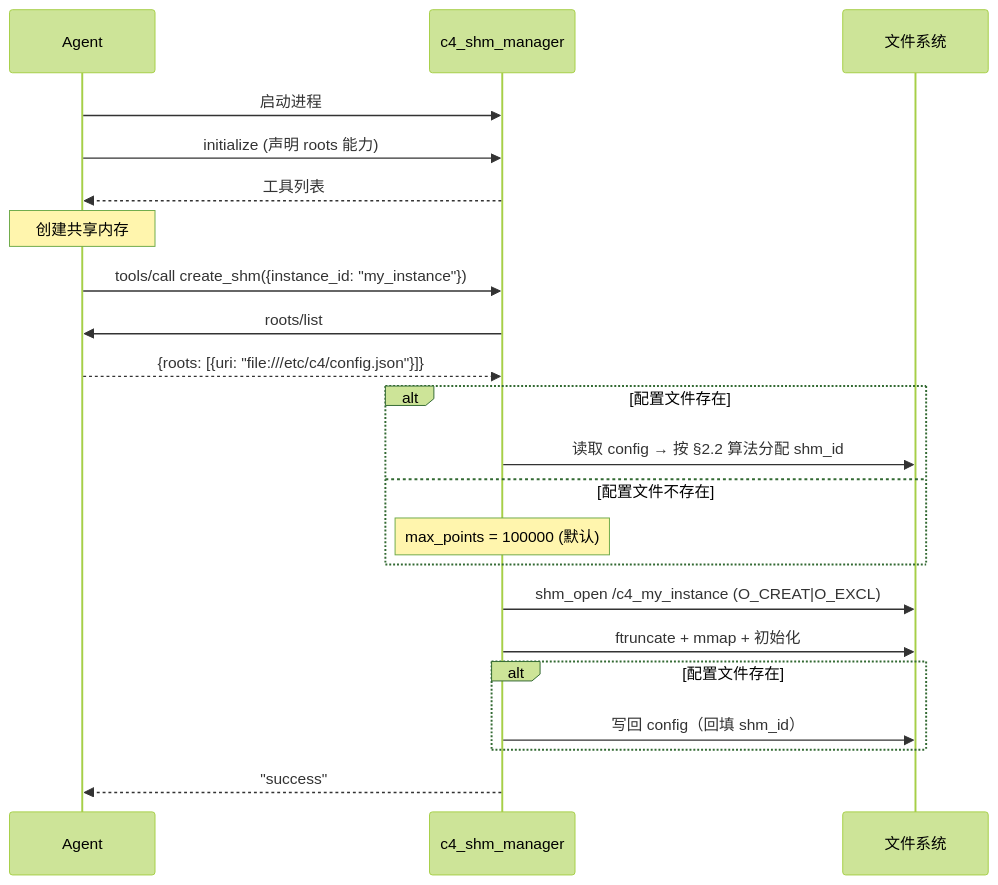
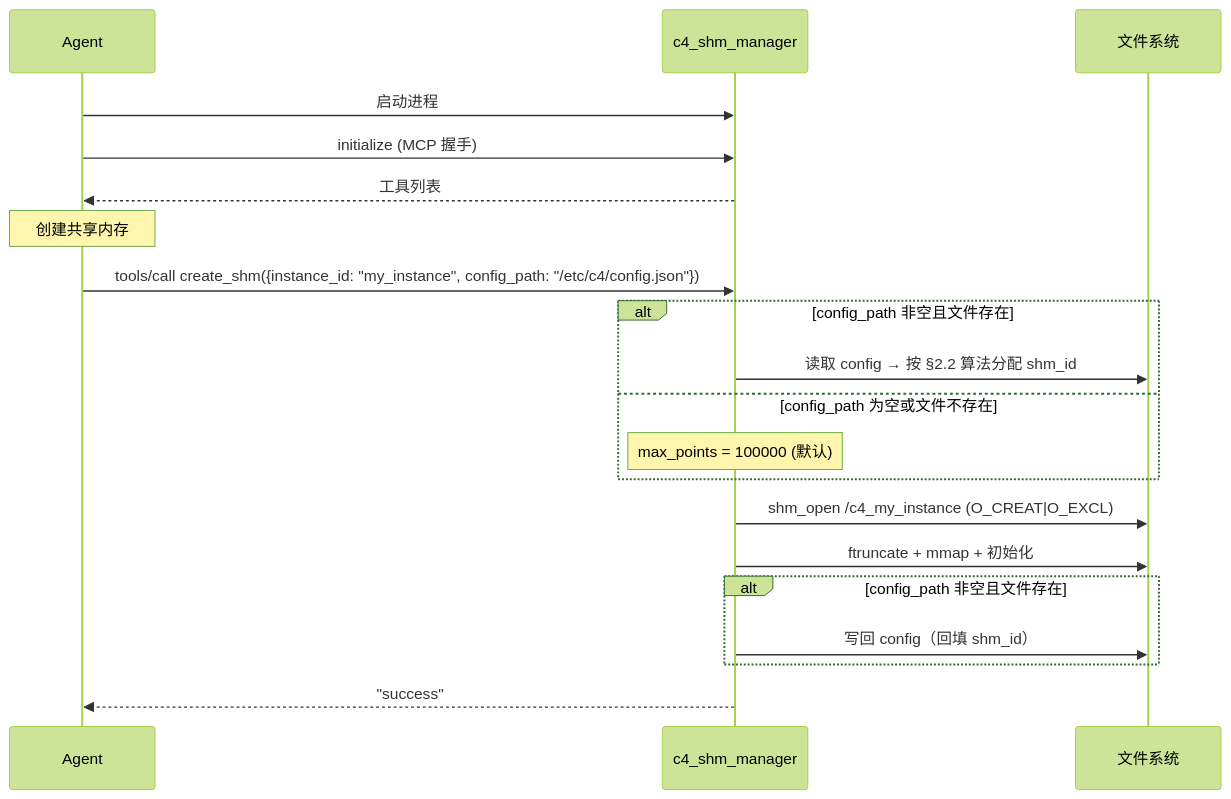
The fifth of 9 diagrams in docs/design/c4_shm_manager.md (activesys/c4), drawn with Mermaid (forest theme) before and after one commit. The commit also changed other lines of this file and 14 other files, not shown here.

````diff
--- a/docs/design/c4_shm_manager.md
+++ b/docs/design/c4_shm_manager.md
@@ -797,26 +800,25 @@
 ```mermaid
 sequenceDiagram
     participant A as Agent
     participant S as c4_shm_manager
     participant FS as 文件系统
 
     A->>S: 启动进程
-    A->>S: initialize (声明 roots 能力)
+    A->>S: initialize (MCP 握手)
     S-->>A: 工具列表
 
     Note over A: 创建共享内存
-    A->>S: tools/call create_shm({instance_id: "my_instance"})
-    S->>A: roots/list
-    A-->>S: {roots: [{uri: "file:///etc/c4/config.json"}]}
-    alt 配置文件存在
+    A->>S: tools/call create_shm({instance_id: "my_instance", config_path: "/etc/c4/config.json"})
+
+    alt config_path 非空且文件存在
         S->>FS: 读取 config → 按 §2.2 算法分配 shm_id
-    else 配置文件不存在
+    else config_path 为空或文件不存在
         Note over S: max_points = 100000 (默认)
     end
     S->>FS: shm_open /c4_my_instance (O_CREAT|O_EXCL)
     S->>FS: ftruncate + mmap + 初始化
-    alt 配置文件存在
+    alt config_path 非空且文件存在
         S->>FS: 写回 config（回填 shm_id）
     end
     S-->>A: "success"
 ```
````
